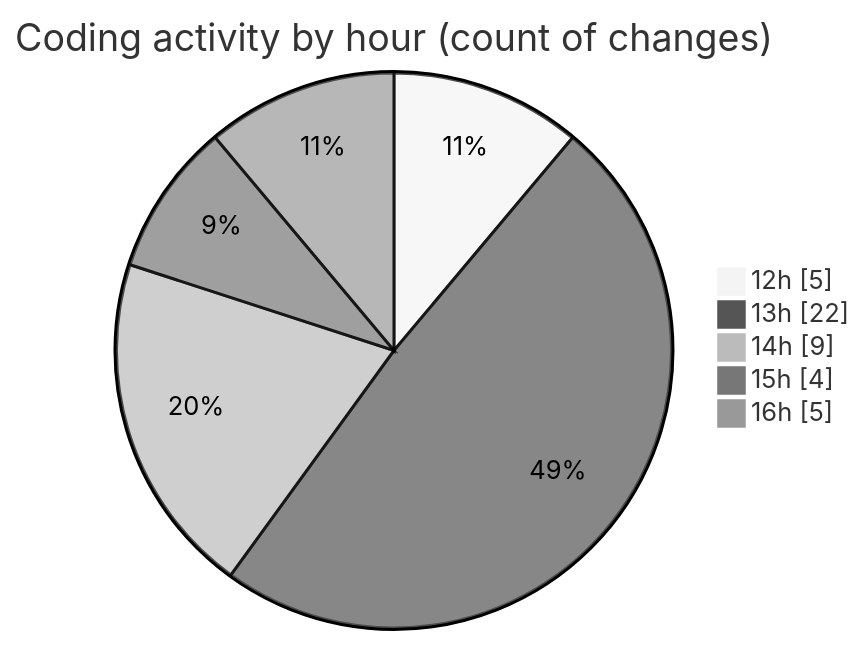
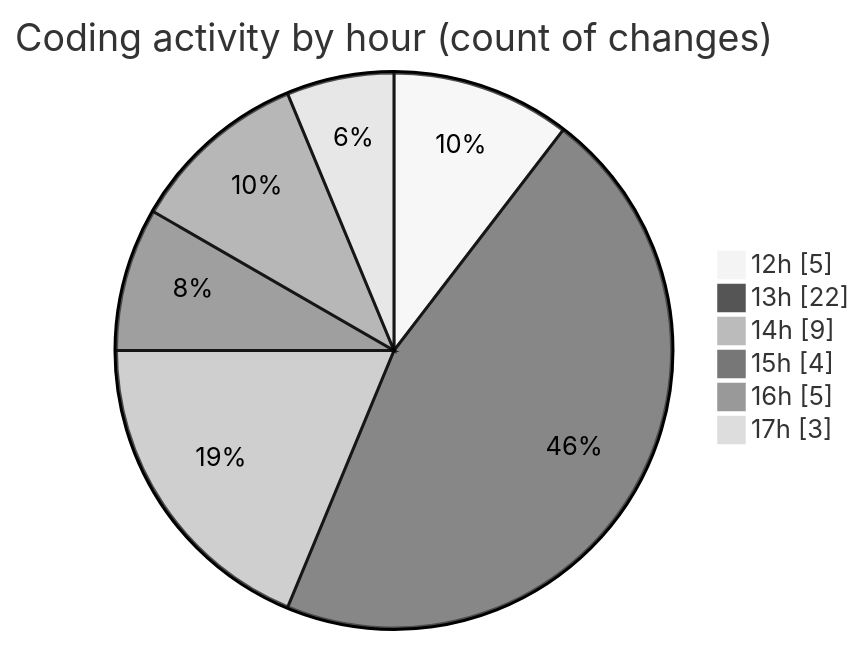
The second of 2 diagrams in 2025-04-19/myws__workspace_/README.md (MatusMokan/code-tracking), drawn with Mermaid (neutral theme) before and after one commit. The commit also changed other lines of this file and 1 other file, not shown here.

````diff
--- a/2025-04-19/myws__workspace_/README.md
+++ b/2025-04-19/myws__workspace_/README.md
@@ -31,9 +31,10 @@
 ```mermaid
 pie showData
 title Coding activity by hour (count of changes)
 "12h" : 5
 "13h" : 22
 "14h" : 9
 "15h" : 4
 "16h" : 5
+"17h" : 3
 ```
````
